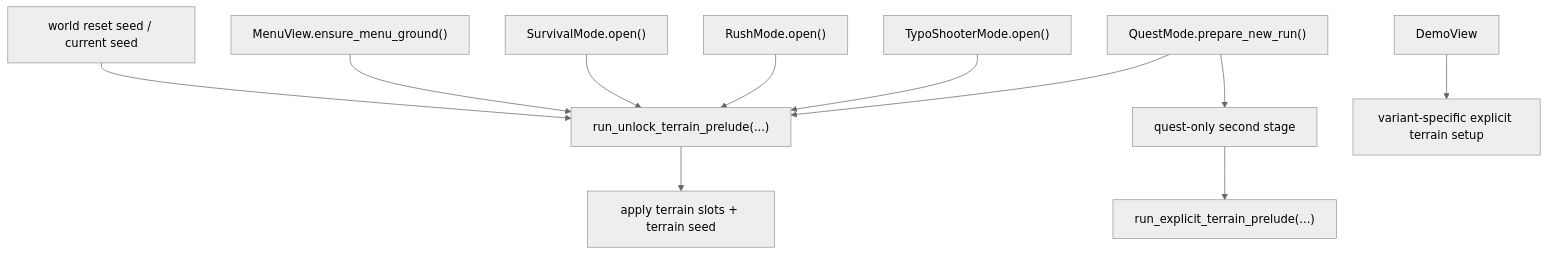
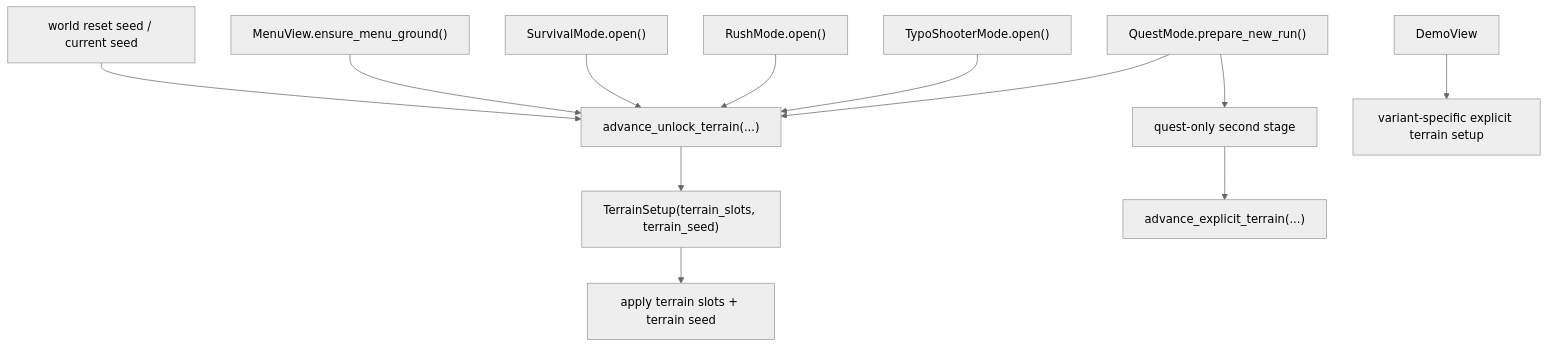
One commit to banteg/crimson changed the third of 6 diagrams in docs/rewrite/mode-systems.md. Above: the diagram before and after it, drawn with Mermaid (neutral theme). The commit also changed 25 other files, not shown here.

First line of the commit message:
refactor: cut over terrain seed startup boundary (#408)

````diff
--- a/docs/rewrite/mode-systems.md
+++ b/docs/rewrite/mode-systems.md
@@ -191,16 +191,17 @@
 ```mermaid
 flowchart TD
-    Reset["world reset seed / current seed"] --> UnlockPrelude["run_unlock_terrain_prelude(...)"]
-    UnlockPrelude --> Apply["apply terrain slots + terrain seed"]
+    Reset["world reset seed / current seed"] --> UnlockPrelude["advance_unlock_terrain(...)"]
+    UnlockPrelude --> Setup["TerrainSetup(terrain_slots, terrain_seed)"]
+    Setup --> Apply["apply terrain slots + terrain seed"]
 
     Menu["MenuView.ensure_menu_ground()"] --> UnlockPrelude
     Survival["SurvivalMode.open()"] --> UnlockPrelude
     Rush["RushMode.open()"] --> UnlockPrelude
     Typo["TypoShooterMode.open()"] --> UnlockPrelude
     Quest["QuestMode.prepare_new_run()"] --> UnlockPrelude
 
     Quest --> QuestStage2["quest-only second stage"]
-    QuestStage2 --> ExplicitQuest["run_explicit_terrain_prelude(...)"]
+    QuestStage2 --> ExplicitQuest["advance_explicit_terrain(...)"]
 
     Demo["DemoView"] --> ExplicitDemo["variant-specific explicit terrain setup"]
 ```
````
